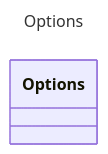
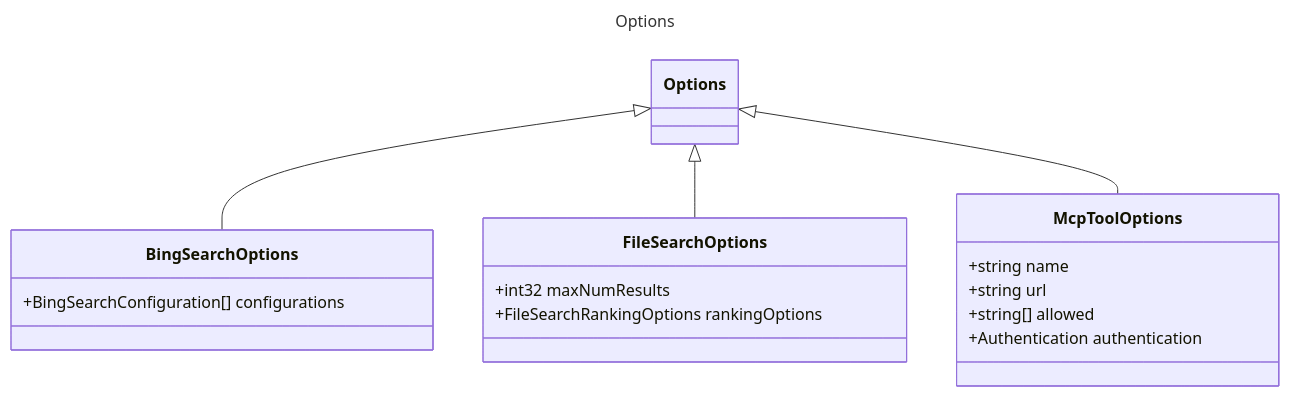
One commit to microsoft/prompty changed the diagram in specification/prompty/docs/Options.md. Above: the diagram before and after it, drawn with Mermaid. The commit also changed other lines of this file and 26 other files, not shown here.

````diff
--- a/specification/prompty/docs/Options.md
+++ b/specification/prompty/docs/Options.md
@@ -17,8 +17,24 @@
 ```mermaid
 ---
 title: Options
 ---
 classDiagram
     class Options {
     }
+    class BingSearchOptions {
+        +BingSearchConfiguration[] configurations
+    }
+    Options <|-- BingSearchOptions
+    class FileSearchOptions {
+        +int32 maxNumResults
+        +FileSearchRankingOptions rankingOptions
+    }
+    Options <|-- FileSearchOptions
+    class McpToolOptions {
+        +string name
+        +string url
+        +string[] allowed
+        +Authentication authentication
+    }
+    Options <|-- McpToolOptions
 ```
````
